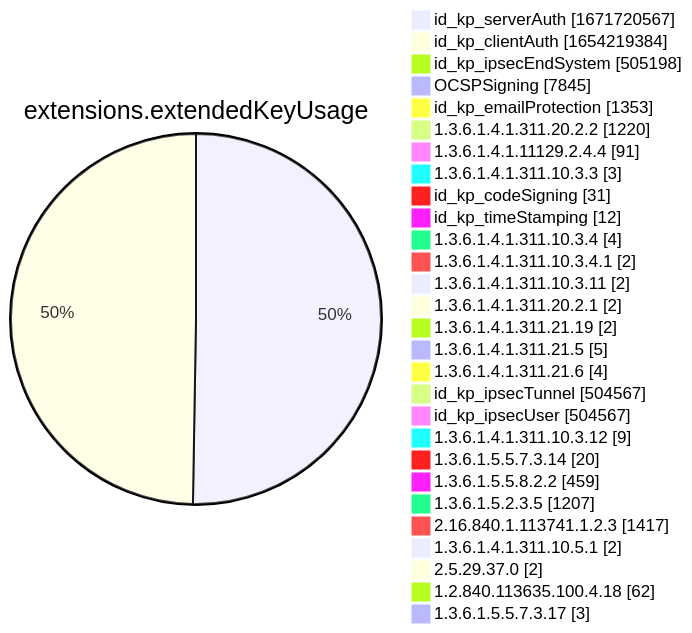
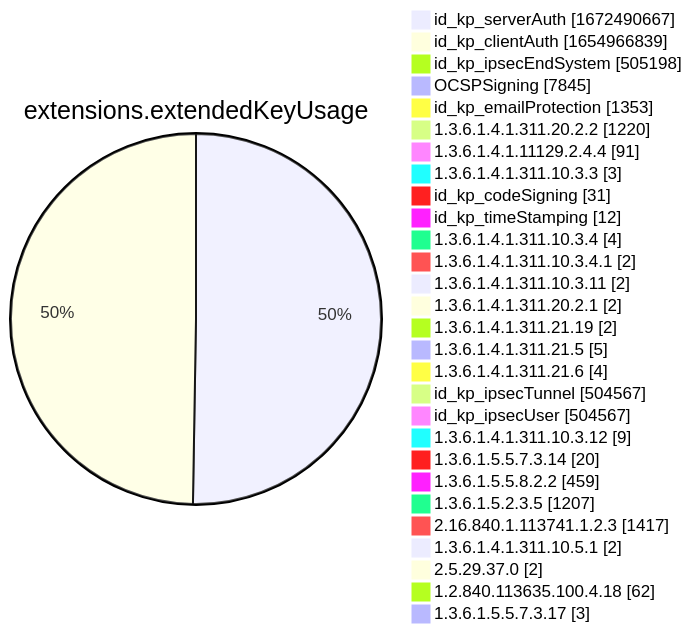
Diagram 12 of 15 in xenon2022/README.md (christiankrug/ctmonitor_visualization), drawn with Mermaid before and after one commit. The commit also changed other lines of this file, not shown here.

````diff
--- a/xenon2022/README.md
+++ b/xenon2022/README.md
@@ -3888,32 +3888,32 @@
 ```mermaid
 pie showData
 title extensions.extendedKeyUsage
-"id_kp_serverAuth" :1671720567
-"id_kp_clientAuth" :1654219384
+"id_kp_serverAuth" :1672490667
+"id_kp_clientAuth" :1654966839
 "id_kp_ipsecEndSystem" :505198
 "OCSPSigning" :7845
 "id_kp_emailProtection" :1353
 "1.3.6.1.4.1.311.20.2.2" :1220
 "1.3.6.1.4.1.11129.2.4.4" :91
 "1.3.6.1.4.1.311.10.3.3" :3
 "id_kp_codeSigning" :31
 "id_kp_timeStamping" :12
 "1.3.6.1.4.1.311.10.3.4" :4
 "1.3.6.1.4.1.311.10.3.4.1" :2
 "1.3.6.1.4.1.311.10.3.11" :2
 "1.3.6.1.4.1.311.20.2.1" :2
 "1.3.6.1.4.1.311.21.19" :2
 "1.3.6.1.4.1.311.21.5" :5
 "1.3.6.1.4.1.311.21.6" :4
 "id_kp_ipsecTunnel" :504567
 "id_kp_ipsecUser" :504567
 "1.3.6.1.4.1.311.10.3.12" :9
 "1.3.6.1.5.5.7.3.14" :20
 "1.3.6.1.5.5.8.2.2" :459
 "1.3.6.1.5.2.3.5" :1207
 "2.16.840.1.113741.1.2.3" :1417
 "1.3.6.1.4.1.311.10.5.1" :2
 "2.5.29.37.0" :2
 "1.2.840.113635.100.4.18" :62
 "1.3.6.1.5.5.7.3.17" :3
 ```
````
